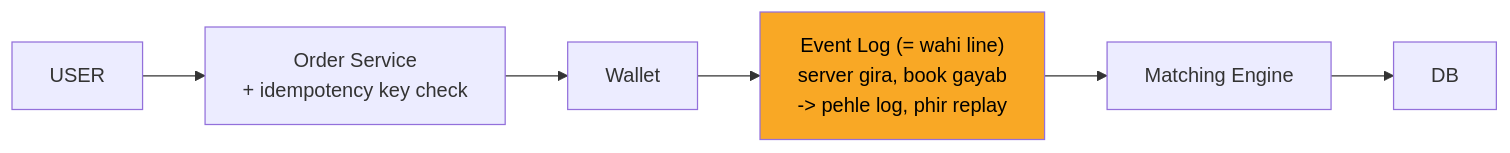
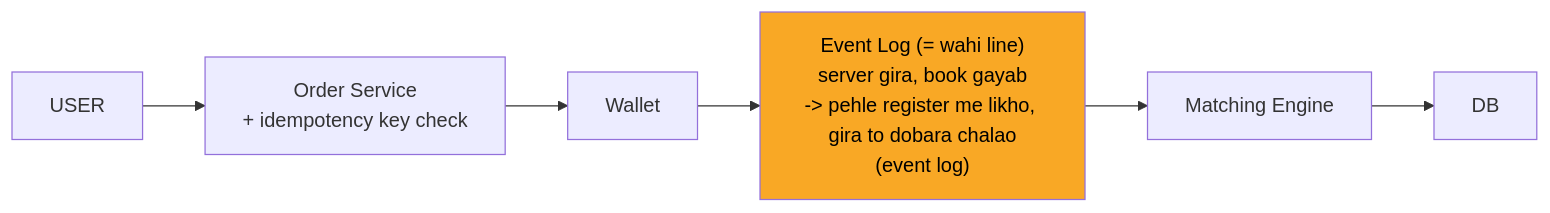
One commit to ArpanMaheshwari144/Prep changed the sixth of 10 diagrams in 04_HLD/SYSTEM_DESIGNS/05_stock_broker_trading/05_stock_broker_trading.md. Above: the diagram before and after it, drawn with Mermaid. The commit also changed other lines of this file and 13 other files, not shown here.

````diff
--- a/04_HLD/SYSTEM_DESIGNS/05_stock_broker_trading/05_stock_broker_trading.md
+++ b/04_HLD/SYSTEM_DESIGNS/05_stock_broker_trading/05_stock_broker_trading.md
@@ -218,15 +218,15 @@
 ```mermaid
 flowchart LR
     n_USER["USER"]
     n_Order_Service["Order Service<br/>+ idempotency key check"]
     n_Wallet["Wallet"]
-    n_Event_Log["Event Log (= wahi line)<br/>server gira, book gayab<br/>-> pehle log, phir replay"]
+    n_Event_Log["Event Log (= wahi line)<br/>server gira, book gayab<br/>-> pehle register me likho, gira to dobara chalao<br/>(event log)"]
     n_Matching_Engine["Matching Engine"]
     n_DB["DB"]
     n_USER --> n_Order_Service
     n_Order_Service --> n_Wallet
     n_Wallet --> n_Event_Log
     n_Event_Log --> n_Matching_Engine
     n_Matching_Engine --> n_DB
     style n_Event_Log fill:#f9a825,color:#000
 ```
````
